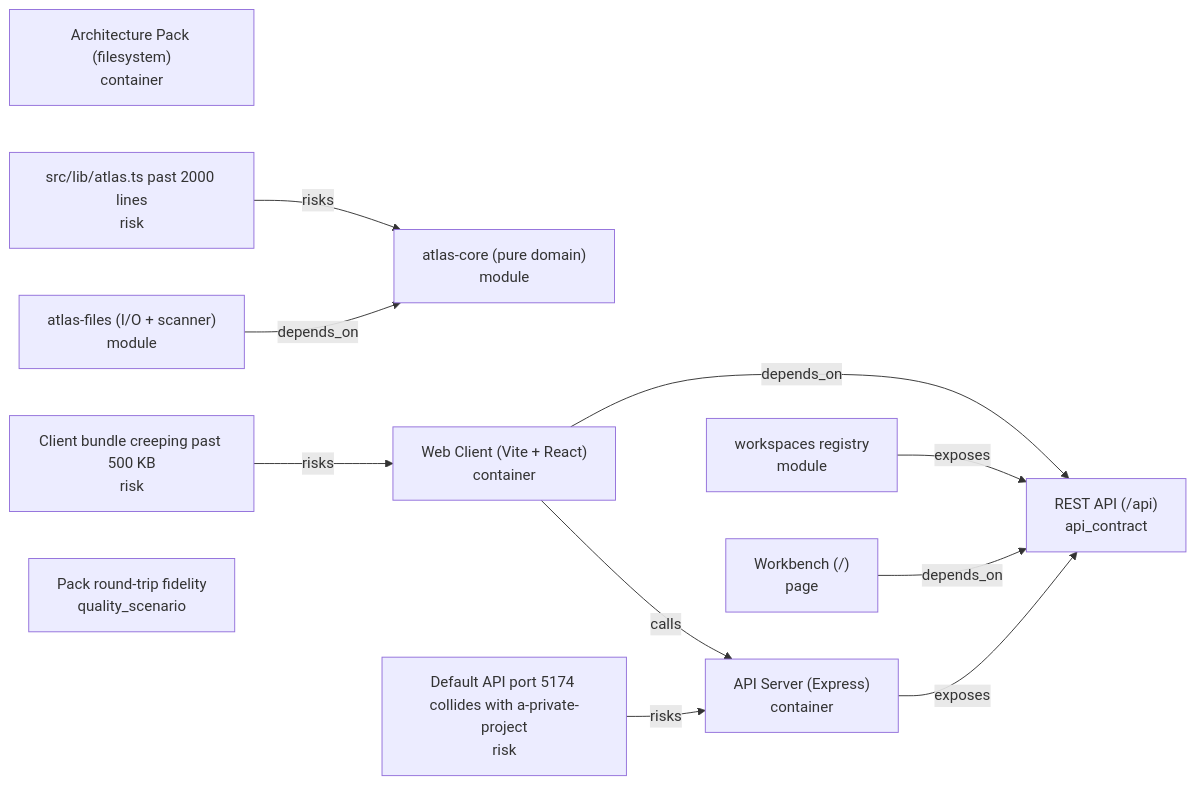
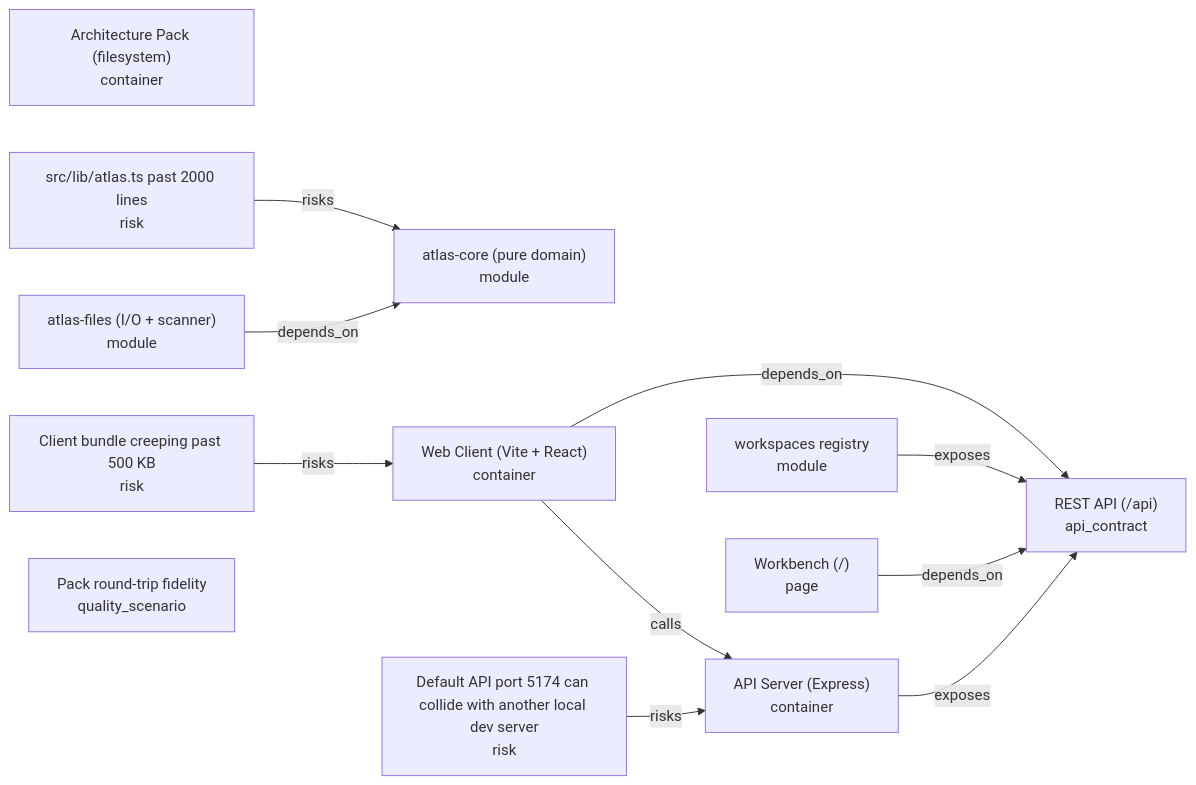
Before and after one commit to shudder13/System-Atlas: the diagram in architecture/generated/diagrams/api_surface.mmd, drawn with Mermaid. The commit also changed 18 other files, not shown here.

```diff
--- a/architecture/generated/diagrams/api_surface.mmd
+++ b/architecture/generated/diagrams/api_surface.mmd
@@ -1,22 +1,22 @@
 flowchart LR
   container_web["Web Client (Vite + React)\ncontainer"]
   container_api["API Server (Express)\ncontainer"]
   container_pack["Architecture Pack (filesystem)\ncontainer"]
   module_atlas_core["atlas-core (pure domain)\nmodule"]
   module_atlas_files["atlas-files (I/O + scanner)\nmodule"]
   module_workspaces["workspaces registry\nmodule"]
   api_rest["REST API (/api)\napi_contract"]
   page_workbench["Workbench (/)\npage"]
   risk_bundle_size["Client bundle creeping past 500 KB\nrisk"]
   risk_atlas_monolith["src/lib/atlas.ts past 2000 lines\nrisk"]
-  risk_port_collision["Default API port 5174 collides with a-private-project\nrisk"]
+  risk_port_collision["Default API port 5174 can collide with another local dev server\nrisk"]
   quality_pack_roundtrip["Pack round-trip fidelity\nquality_scenario"]
   container_web -->|"calls"| container_api
   container_api -->|"exposes"| api_rest
   container_web -->|"depends_on"| api_rest
   module_atlas_files -->|"depends_on"| module_atlas_core
   module_workspaces -->|"exposes"| api_rest
   risk_bundle_size -->|"risks"| container_web
   risk_atlas_monolith -->|"risks"| module_atlas_core
   risk_port_collision -->|"risks"| container_api
   page_workbench -->|"depends_on"| api_rest
```
